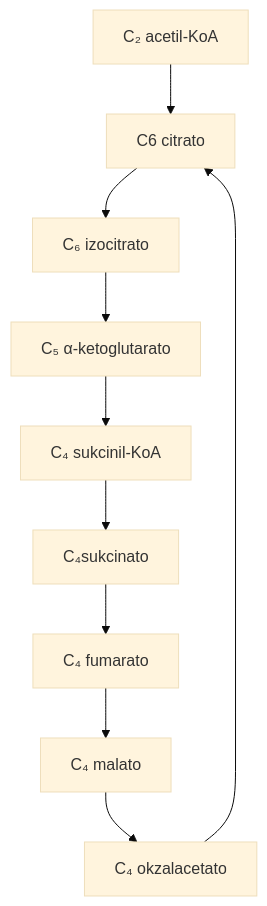
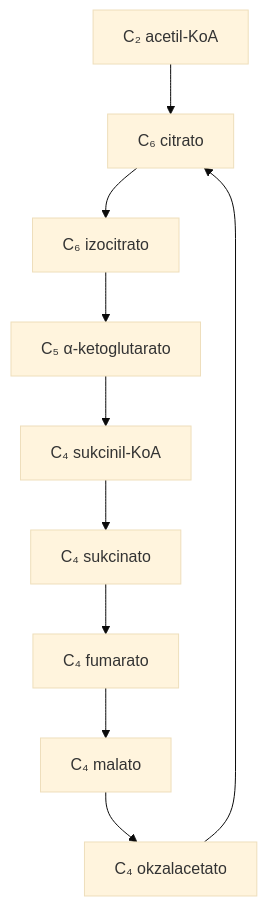
One commit to reta-lernejo/reta-lernejo.github.io changed the diagram in _biokemio/citratociklo.md. Above: the diagram before and after it, drawn with Mermaid (base theme). The commit also changed other lines of this file and 4 other files, not shown here.

```diff
--- a/_biokemio/citratociklo.md
+++ b/_biokemio/citratociklo.md
@@ -44,8 +44,8 @@
 <div class="mermaid">
     graph TD;
-        s1["C₂ acetil-KoA"]-->s2[C6 citrato];
+        s1["C₂ acetil-KoA"]-->s2["C₆ citrato"];
         s2-->s3["C₆ izocitrato"]-->s4["C₅ α-ketoglutarato"];
-        s4-->s5["C₄ sukcinil-KoA"]-->s6["C₄sukcinato"];
+        s4-->s5["C₄ sukcinil-KoA"]-->s6["C₄ sukcinato"];
         s6-->s7["C₄ fumarato"]-->s8["C₄ malato"];
         s8-->s9["C₄ okzalacetato"] --> s2;        
 </div>
```
